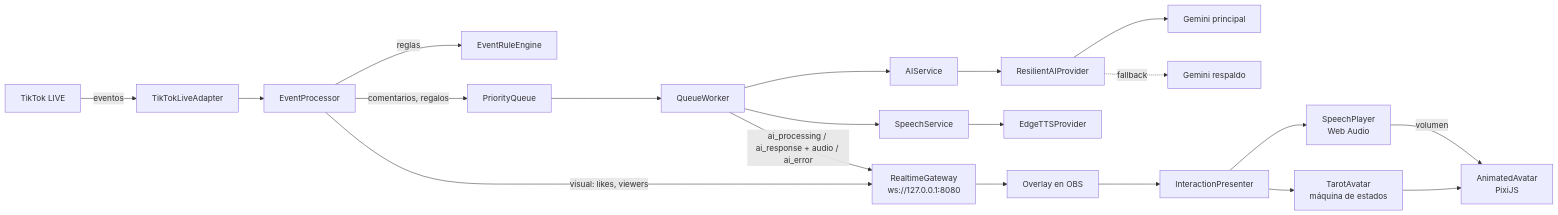
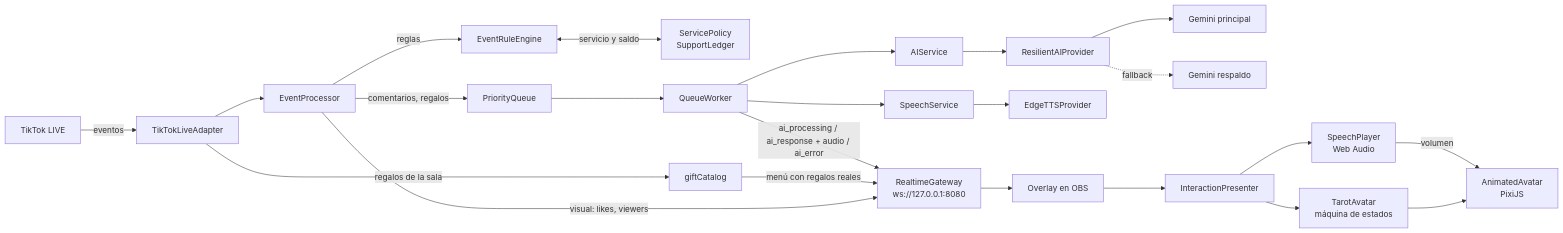
Before and after one commit to rslcia11/GeneradorAutomaticoLivesTiktok: the diagram in README.md, drawn with Mermaid. The commit also changed other lines of this file and 4 other files, not shown here.

````diff
--- a/README.md
+++ b/README.md
@@ -125,22 +147,25 @@
 ```mermaid
 flowchart LR
     TT[TikTok LIVE] -->|eventos| AD[TikTokLiveAdapter]
     AD --> EP[EventProcessor]
     EP -->|reglas| RE[EventRuleEngine]
     EP -->|visual: likes, viewers| GW
     EP -->|comentarios, regalos| Q[PriorityQueue]
+    RE <-->|servicio y saldo| SV[ServicePolicy<br/>SupportLedger]
+    AD -->|regalos de la sala| GC[giftCatalog]
+    GC -->|menú con regalos reales| GW
     Q --> W[QueueWorker]
     W --> AI[AIService]
     AI --> RP[ResilientAIProvider]
     RP --> G1[Gemini principal]
     RP -.fallback.-> G2[Gemini respaldo]
     W --> SS[SpeechService]
     SS --> TTS[EdgeTTSProvider]
     W -->|ai_processing / ai_response + audio / ai_error| GW[RealtimeGateway<br/>ws://127.0.0.1:8080]
     GW --> OV[Overlay en OBS]
     OV --> IP[InteractionPresenter]
     IP --> TA[TarotAvatar<br/>máquina de estados]
     IP --> SP[SpeechPlayer<br/>Web Audio]
     TA --> AA[AnimatedAvatar<br/>PixiJS]
     SP -->|volumen| AA
 ```
````
